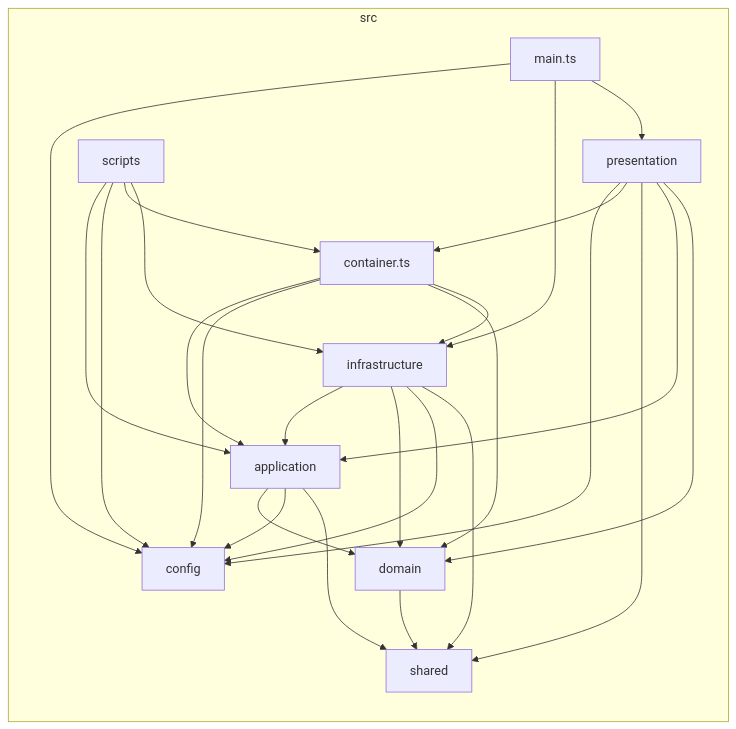
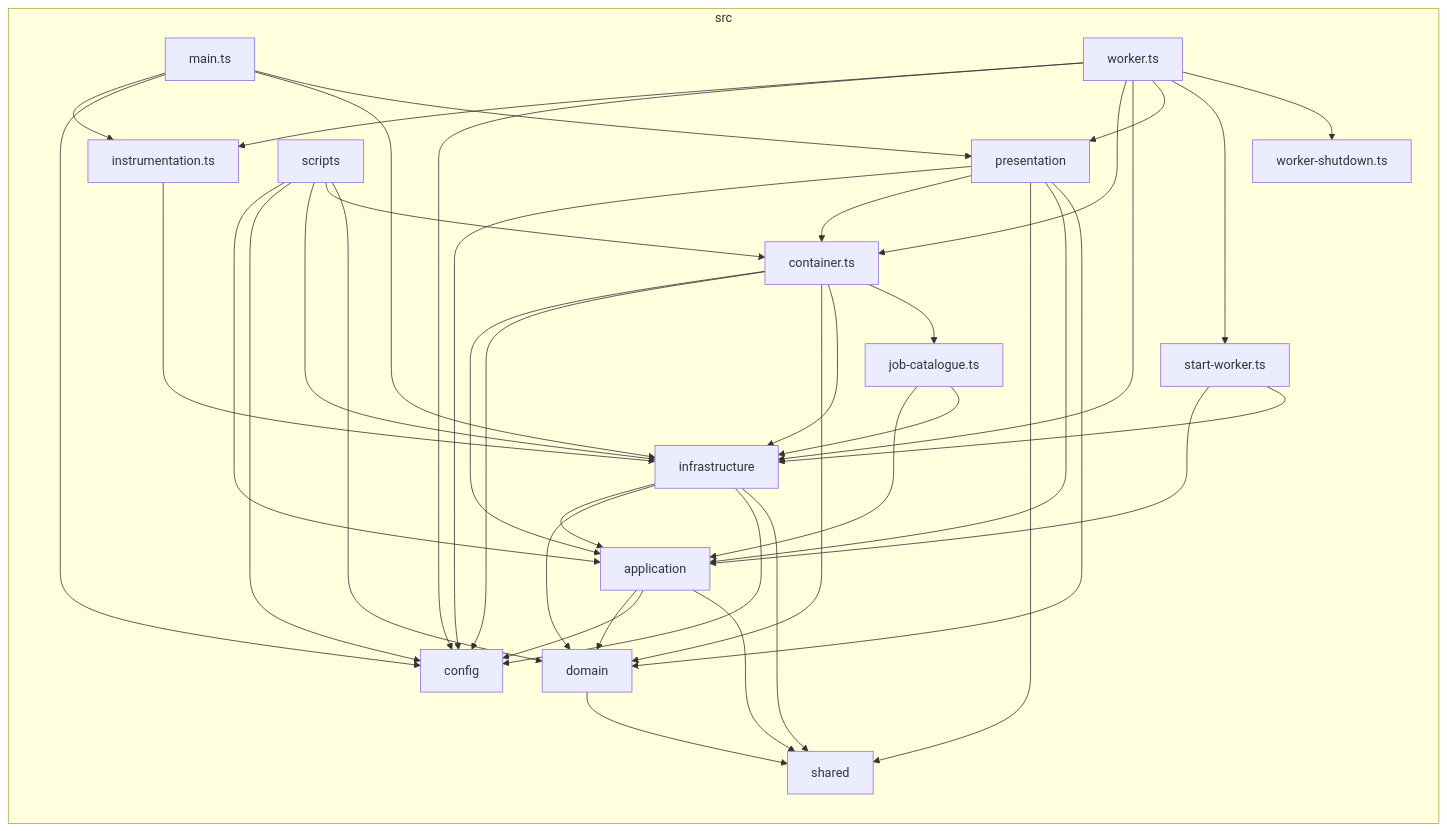
One commit to khusenov/backend-boilerplate changed the diagram in docs/architecture-graph.md. Above: the diagram before and after it, drawn with Mermaid. The commit also changed 57 other files, not shown here.

````diff
--- a/docs/architecture-graph.md
+++ b/docs/architecture-graph.md
@@ -1,39 +1,59 @@
 ```mermaid
 flowchart LR
 
 subgraph src["src"]
   src_application["application"]
   src_config["config"]
   src_container_ts["container.ts"]
   src_domain["domain"]
   src_infrastructure["infrastructure"]
+  src_instrumentation_ts["instrumentation.ts"]
+  src_job_catalogue_ts["job-catalogue.ts"]
   src_main_ts["main.ts"]
   src_presentation["presentation"]
   src_scripts["scripts"]
   src_shared["shared"]
+  src_start_worker_ts["start-worker.ts"]
+  src_worker_shutdown_ts["worker-shutdown.ts"]
+  src_worker_ts["worker.ts"]
 end
 src_application-->src_domain
 src_application-->src_config
 src_application-->src_shared
 src_container_ts-->src_application
 src_container_ts-->src_config
 src_container_ts-->src_domain
 src_container_ts-->src_infrastructure
+src_container_ts-->src_job_catalogue_ts
 src_domain-->src_shared
 src_infrastructure-->src_application
 src_infrastructure-->src_domain
 src_infrastructure-->src_config
 src_infrastructure-->src_shared
+src_instrumentation_ts-->src_infrastructure
+src_job_catalogue_ts-->src_application
+src_job_catalogue_ts-->src_infrastructure
+src_main_ts-->src_instrumentation_ts
 src_main_ts-->src_config
 src_main_ts-->src_infrastructure
 src_main_ts-->src_presentation
 src_presentation-->src_config
 src_presentation-->src_container_ts
 src_presentation-->src_shared
 src_presentation-->src_application
 src_presentation-->src_domain
 src_scripts-->src_application
 src_scripts-->src_config
+src_scripts-->src_infrastructure
 src_scripts-->src_container_ts
-src_scripts-->src_infrastructure
+src_scripts-->src_domain
+src_start_worker_ts-->src_application
+src_start_worker_ts-->src_infrastructure
+src_worker_ts-->src_instrumentation_ts
+src_worker_ts-->src_config
+src_worker_ts-->src_container_ts
+src_worker_ts-->src_infrastructure
+src_worker_ts-->src_presentation
+src_worker_ts-->src_start_worker_ts
+src_worker_ts-->src_worker_shutdown_ts
 ```
````
